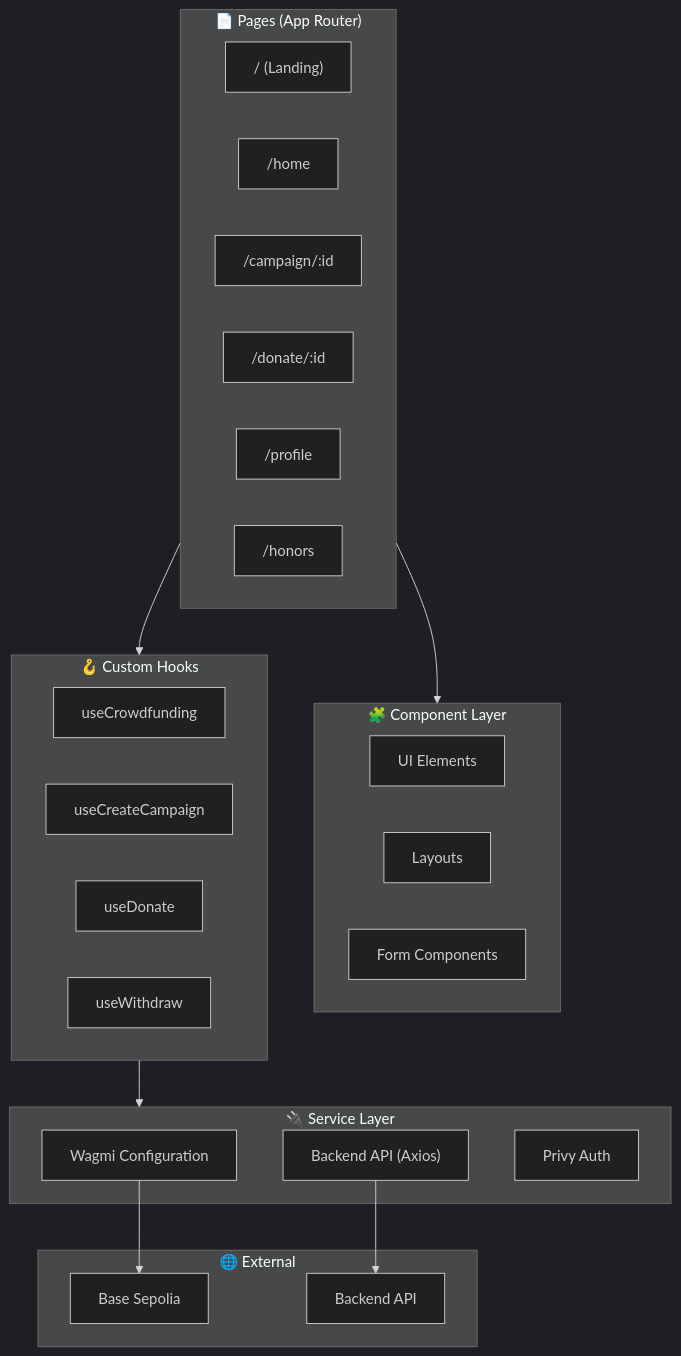
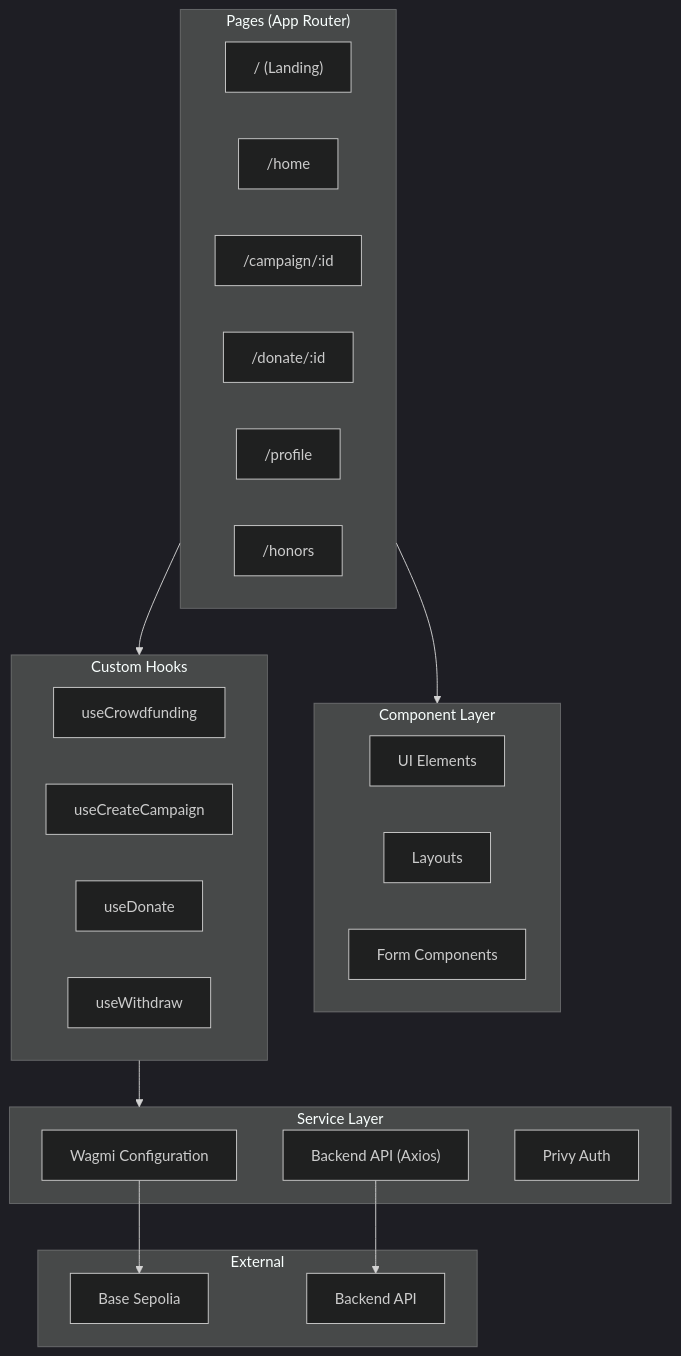
Before and after one commit to CrowdFUNding-Base/SC: the first of 3 diagrams in pitching/How to Run/3. Front End Guide.md, drawn with Mermaid (dark theme). The commit also changed other lines of this file and 12 other files, not shown here.

````diff
--- a/pitching/How to Run/3. Front End Guide.md
+++ b/pitching/How to Run/3. Front End Guide.md
@@ -20,41 +20,41 @@
 ```mermaid
 flowchart TB
-    subgraph Pages["📄 Pages (App Router)"]
+    subgraph Pages["Pages (App Router)"]
         Landing["/ (Landing)"]
         Home["/home"]
         Campaign["/campaign/:id"]
         Donate["/donate/:id"]
         Profile["/profile"]
         Honors["/honors"]
     end
 
-    subgraph Components["🧩 Component Layer"]
+    subgraph Components["Component Layer"]
         UI["UI Elements"]
         Layout["Layouts"]
         Forms["Form Components"]
     end
 
-    subgraph Hooks["🪝 Custom Hooks"]
+    subgraph Hooks["Custom Hooks"]
         useCrowdfunding["useCrowdfunding"]
         useCreateCampaign["useCreateCampaign"]
         useDonate["useDonate"]
         useWithdraw["useWithdraw"]
     end
 
-    subgraph Services["🔌 Service Layer"]
+    subgraph Services["Service Layer"]
         WagmiConfig["Wagmi Configuration"]
         APIClient["Backend API (Axios)"]
         PrivyAuth["Privy Auth"]
     end
 
-    subgraph External["🌐 External"]
+    subgraph External["External"]
         Blockchain["Base Sepolia"]
         Backend["Backend API"]
     end
 
     Pages --> Components
     Pages --> Hooks
     Hooks --> Services
     WagmiConfig --> Blockchain
     APIClient --> Backend
 ```
````
